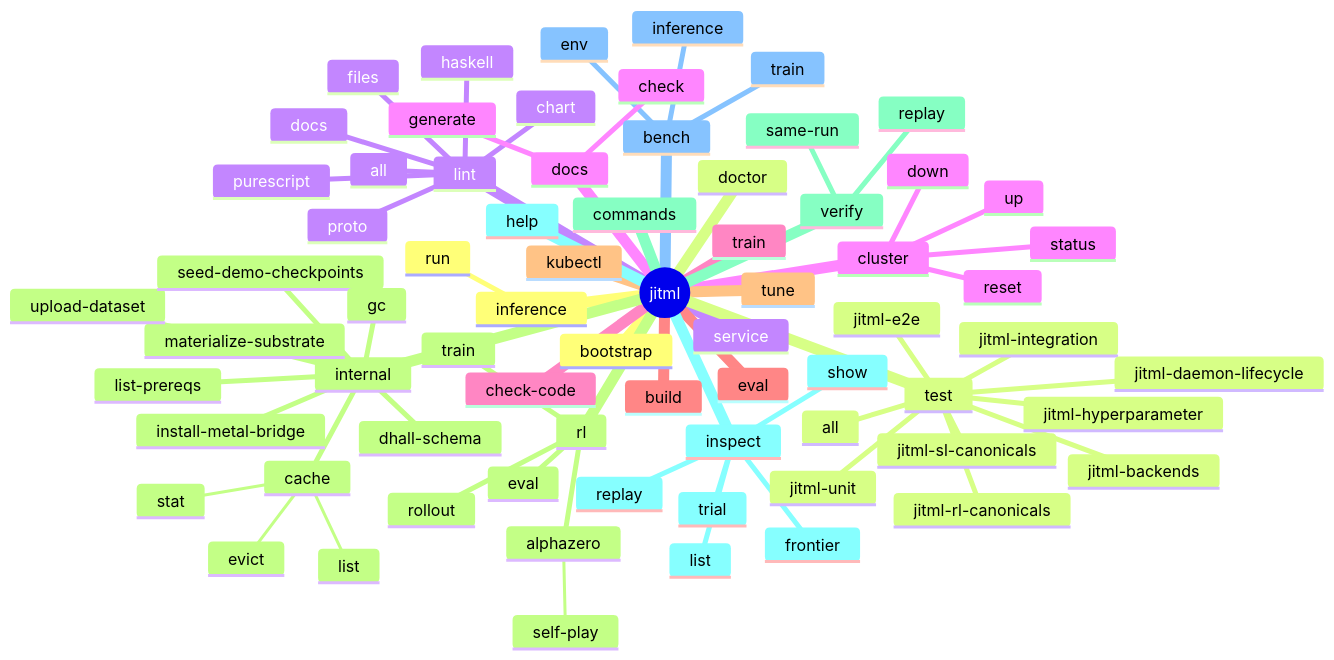
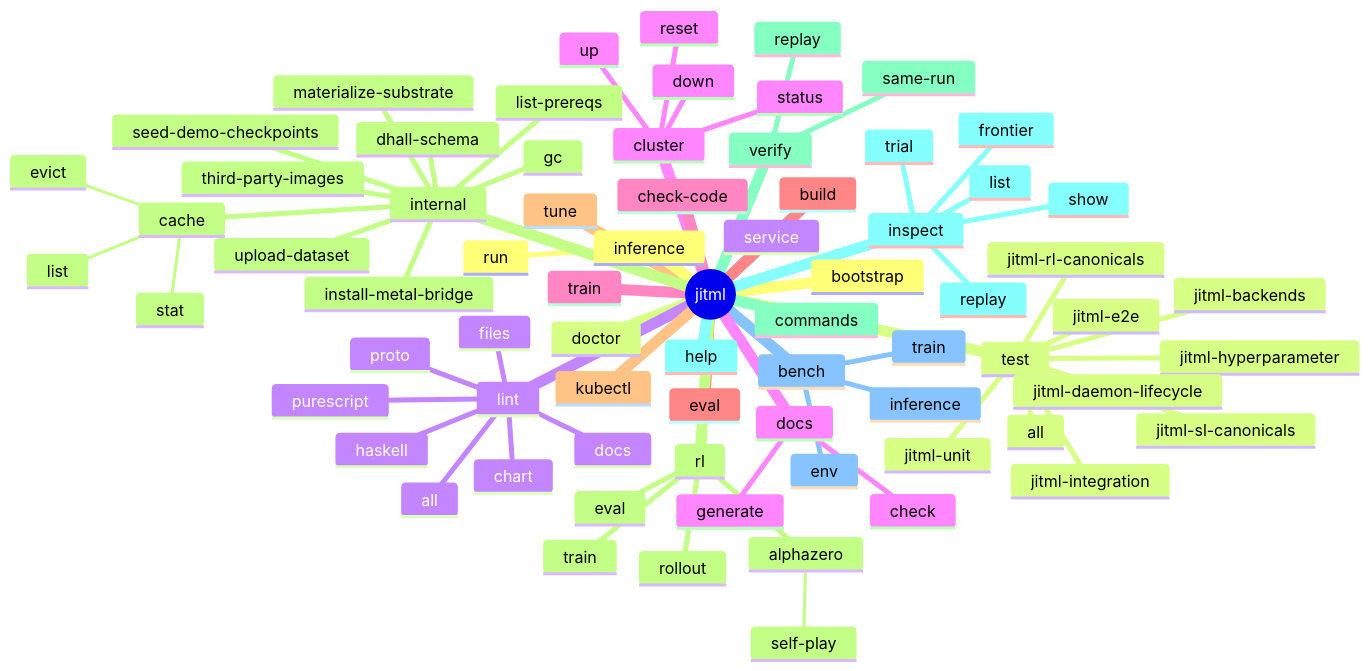
The first of 4 diagrams in README.md (Tuee22/jitML), drawn with Mermaid before and after one commit. The commit also changed other lines of this file and 81 other files, not shown here.

````diff
--- a/README.md
+++ b/README.md
@@ -805,74 +807,75 @@
 ```mermaid
 mindmap
   root((jitml))
     bootstrap
     doctor
     service
     cluster
       up
       down
       status
       reset
     train
     eval
     tune
     rl
       train
       eval
       rollout
       alphazero
         self-play
     verify
       same-run
       replay
     inspect
       list
       show
       replay
       trial
       frontier
     bench
       train
       inference
       env
     inference
       run
     test
       all
       jitml-unit
       jitml-integration
       jitml-sl-canonicals
       jitml-rl-canonicals
       jitml-hyperparameter
       jitml-backends
       jitml-daemon-lifecycle
       jitml-e2e
     lint
       files
       docs
       proto
       chart
       haskell
       purescript
       all
     docs
       check
       generate
     check-code
     build
     kubectl
     internal
       materialize-substrate
       list-prereqs
       install-metal-bridge
       upload-dataset
       seed-demo-checkpoints
       dhall-schema
+      third-party-images
       gc
       cache
         stat
         list
         evict
     commands
     help
 ```
````
